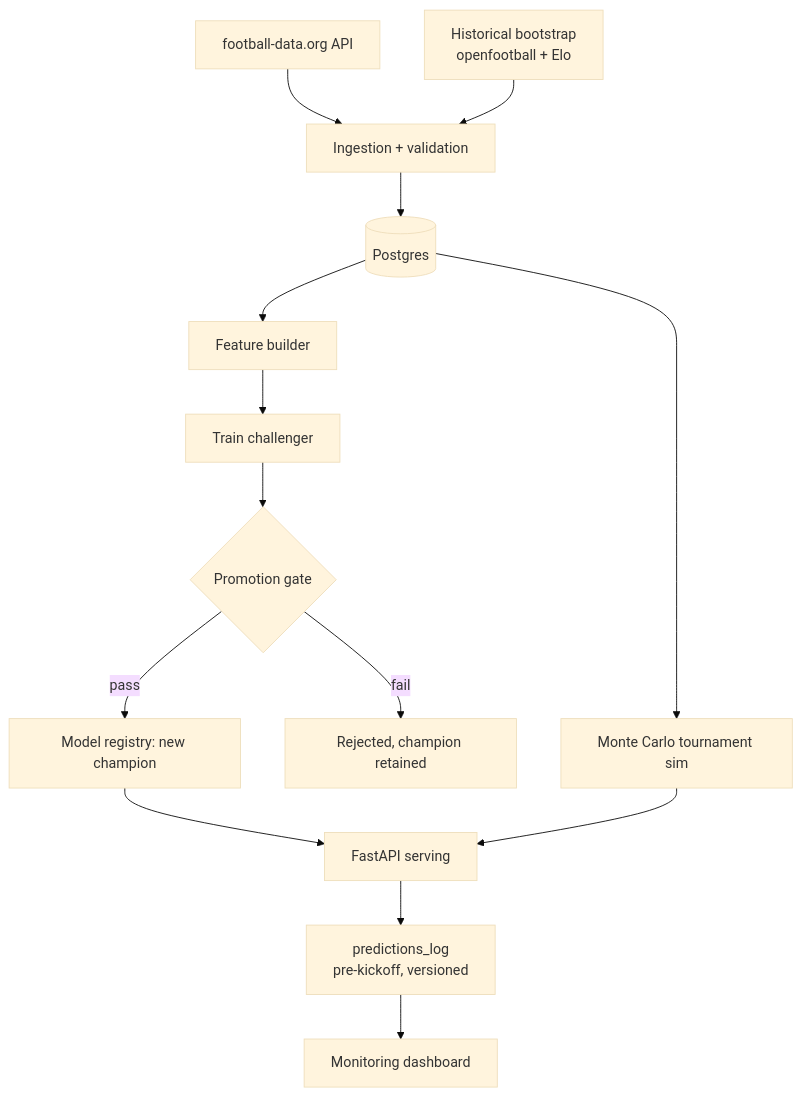
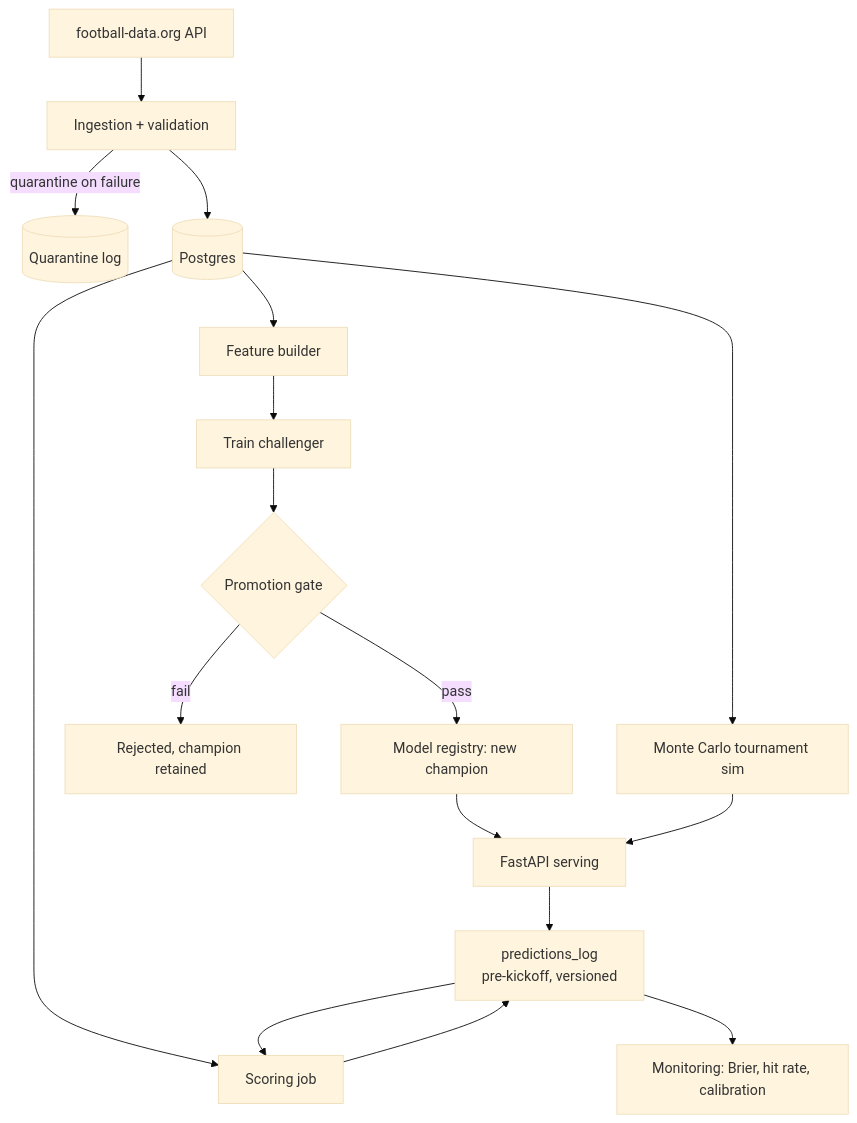
The diagram in README.md (beawesome8/MatchCast), drawn with Mermaid (base theme) before and after one commit. The commit also changed other lines of this file, not shown here.

````diff
--- a/README.md
+++ b/README.md
@@ -22,16 +27,19 @@
 ```mermaid
 flowchart TD
     A[football-data.org API] --> B[Ingestion + validation]
-    H[Historical bootstrap<br/>openfootball + Elo] --> B
+    B -->|quarantine on failure| Q[(Quarantine log)]
     B --> C[(Postgres)]
     C --> D[Feature builder]
     D --> E[Train challenger]
     E --> F{Promotion gate}
     F -->|pass| G[Model registry: new champion]
     F -->|fail| G2[Rejected, champion retained]
     G --> I[FastAPI serving]
     I --> J[predictions_log<br/>pre-kickoff, versioned]
-    J --> K[Monitoring dashboard]
+    C --> S[Scoring job]
+    J --> S
+    S --> J
+    J --> M[Monitoring: Brier, hit rate, calibration]
     C --> L[Monte Carlo tournament sim]
     L --> I
 ```
````
